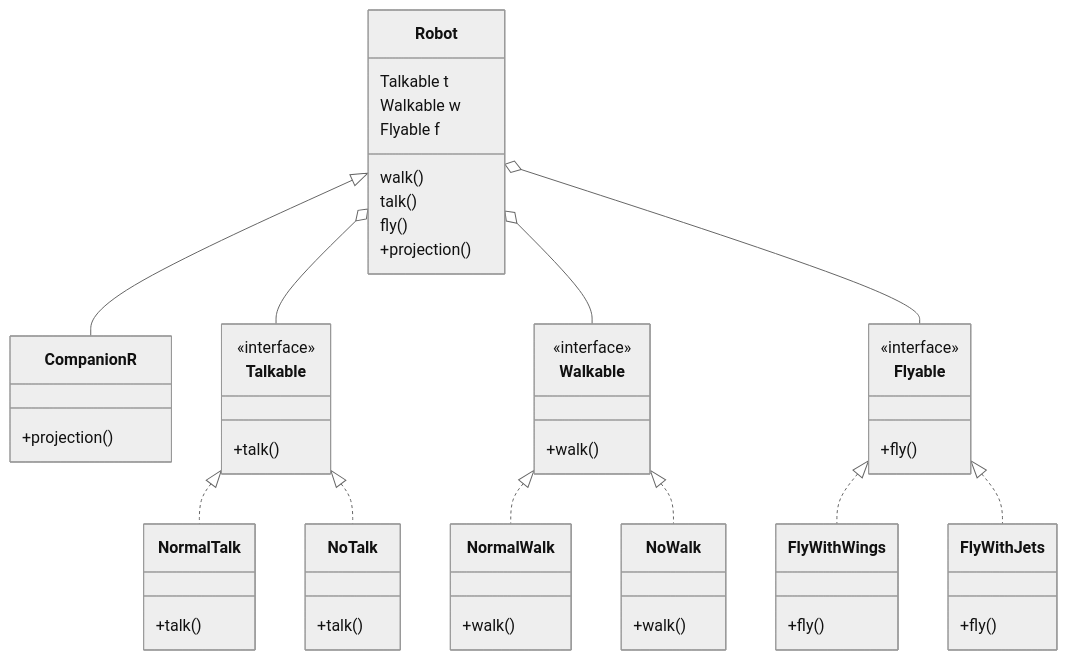
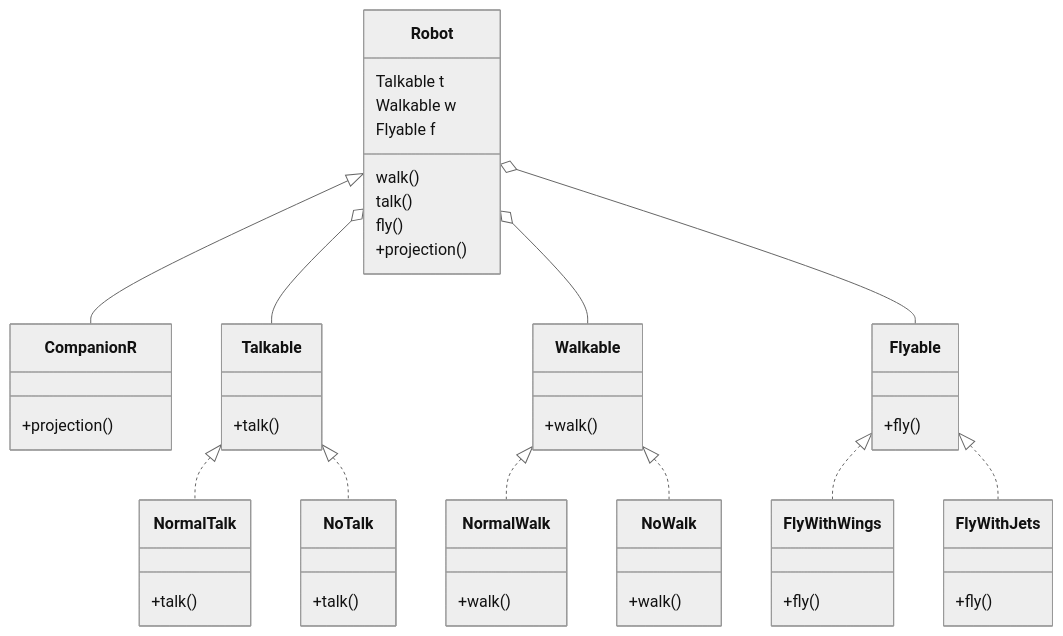
One commit to bikash138/Low-Level-Design changed the fourth of 5 diagrams in Design Patterns/Strategy-Pattern/Strategy-Pattern.md. Above: the diagram before and after it, drawn with Mermaid (neutral theme). The commit also changed other lines of this file, not shown here.

````diff
--- a/Design Patterns/Strategy-Pattern/Strategy-Pattern.md
+++ b/Design Patterns/Strategy-Pattern/Strategy-Pattern.md
@@ -140,57 +140,57 @@
 ```mermaid
 classDiagram
     class Robot {
         Talkable t
         Walkable w
         Flyable f
         walk()
         talk()
         fly()
         +projection()
     }
 
     class CompanionR {
         +projection()
     }
 
-    class Talkable <<interface>> {
+    class Talkable {
         +talk()
     }
-    class Walkable <<interface>> {
+    class Walkable {
         +walk()
     }
-    class Flyable <<interface>> {
+    class Flyable {
         +fly()
     }
 
     class NormalTalk {
         +talk()
     }
     class NoTalk {
         +talk()
     }
     class NormalWalk {
         +walk()
     }
     class NoWalk {
         +walk()
     }
     class FlyWithWings {
         +fly()
     }
     class FlyWithJets {
         +fly()
     }
 
     Robot o-- Talkable
     Robot o-- Walkable
     Robot o-- Flyable
 
     Talkable <|.. NormalTalk
     Talkable <|.. NoTalk
     Walkable <|.. NormalWalk
     Walkable <|.. NoWalk
     Flyable <|.. FlyWithWings
     Flyable <|.. FlyWithJets
     Robot <|-- CompanionR
 ```
````
